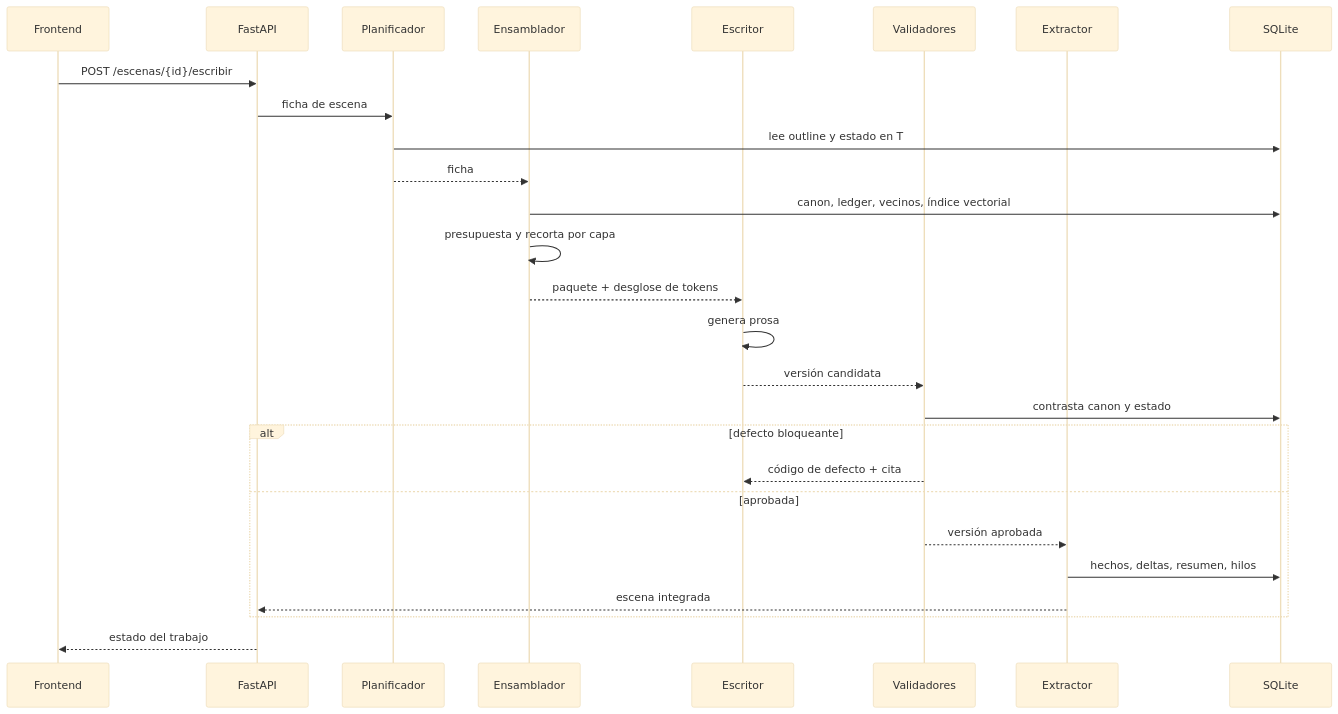
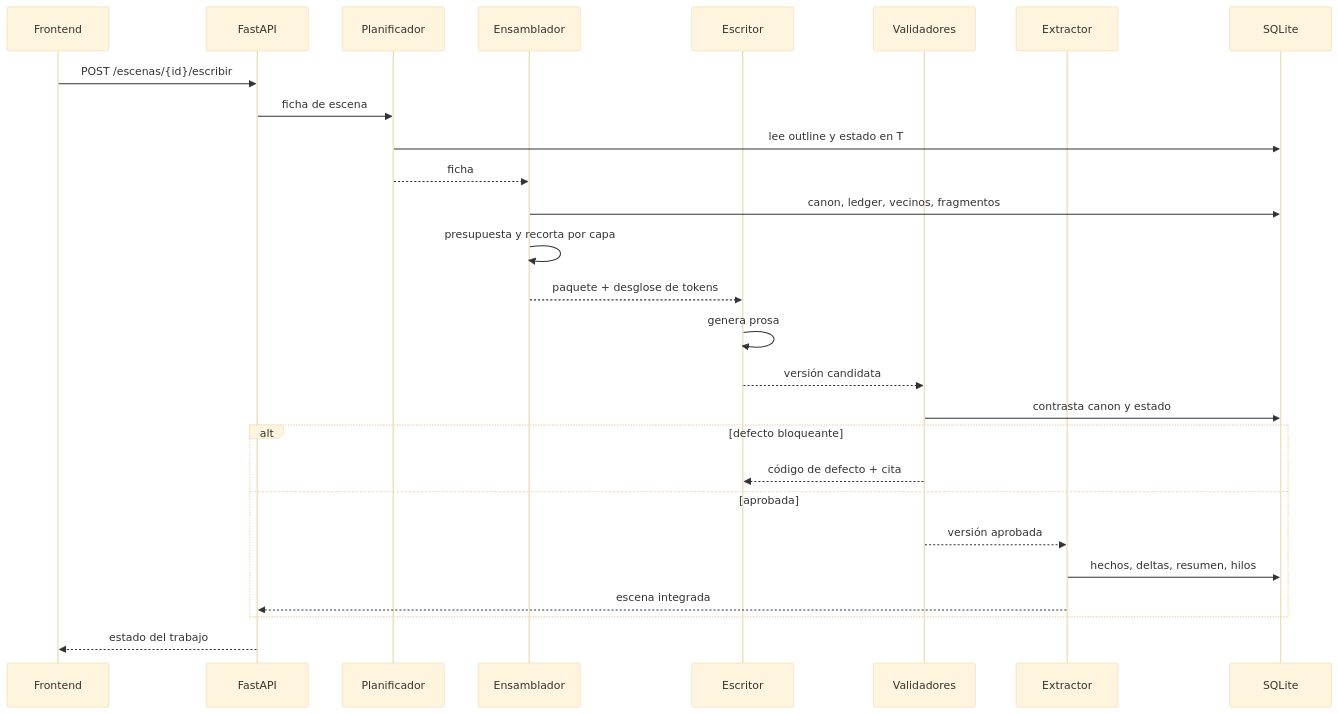
Before and after one commit to maujimenez4/ciberpunk-storymaker: the sixth of 6 diagrams in docs/architecture.md, drawn with Mermaid (base theme). The commit also changed other lines of this file and 2 other files, not shown here.

First line of the commit message:
D-02 revisada: se retira la busqueda vectorial

````diff
--- a/docs/architecture.md
+++ b/docs/architecture.md
@@ -598,30 +605,30 @@
 ```mermaid
 sequenceDiagram
   participant FE as Frontend
   participant API as FastAPI
   participant PL as Planificador
   participant EN as Ensamblador
   participant ES as Escritor
   participant VA as Validadores
   participant EX as Extractor
   participant DB as SQLite
 
   FE->>API: POST /escenas/{id}/escribir
   API->>PL: ficha de escena
   PL->>DB: lee outline y estado en T
   PL-->>EN: ficha
-  EN->>DB: canon, ledger, vecinos, índice vectorial
+  EN->>DB: canon, ledger, vecinos, fragmentos
   EN->>EN: presupuesta y recorta por capa
   EN-->>ES: paquete + desglose de tokens
   ES->>ES: genera prosa
   ES-->>VA: versión candidata
   VA->>DB: contrasta canon y estado
   alt defecto bloqueante
     VA-->>ES: código de defecto + cita
   else aprobada
     VA-->>EX: versión aprobada
     EX->>DB: hechos, deltas, resumen, hilos
     EX-->>API: escena integrada
   end
   API-->>FE: estado del trabajo
 ```
````
